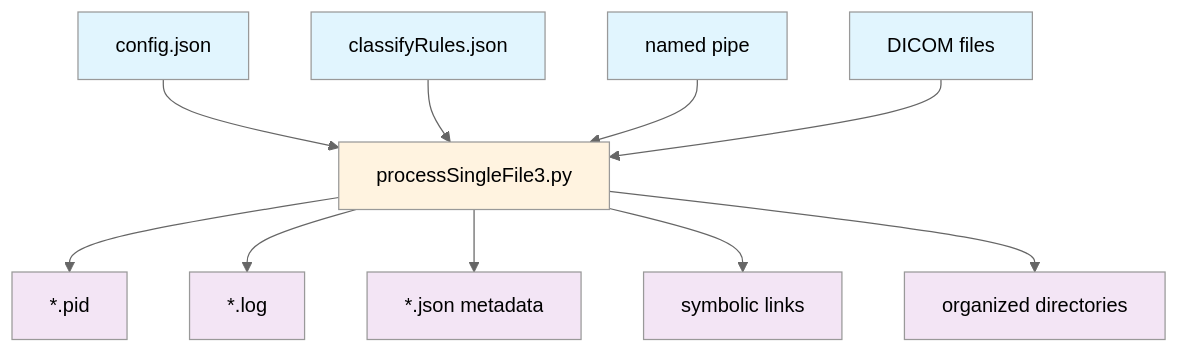
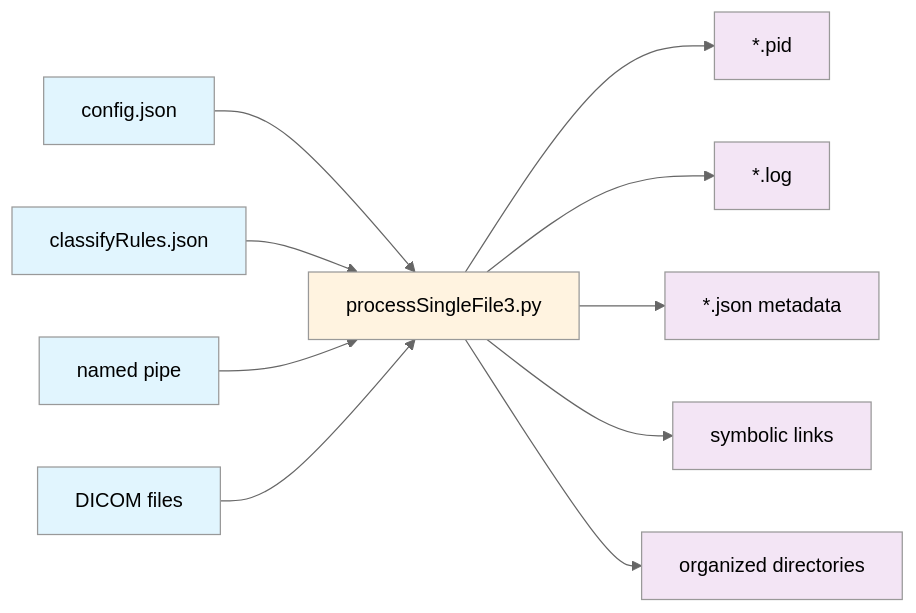
The first of 2 diagrams in docs/source/Architecture/scripts/processSingleFile3.rst (mmiv-center/FionaDocs), drawn with Mermaid (neutral theme) before and after one commit. The commit also changed other lines of this file and 20 other files, not shown here.

```diff
--- a/docs/source/Architecture/scripts/processSingleFile3.rst
+++ b/docs/source/Architecture/scripts/processSingleFile3.rst
@@ -37,40 +27,40 @@
 .. mermaid::
 
-   flowchart TD
+   flowchart LR
    %% Input Files
    CONFIG["config.json"]
    RULES["classifyRules.json"]
    PIPE["named pipe"]
    DICOM["DICOM files"]
 
    %% Main Script
    MAIN["processSingleFile3.py"]
 
    %% Output Files
    PID["*.pid"]
    LOG["*.log"]
    JSON["*.json metadata"]
    LINKS["symbolic links"]
    DIRS["organized directories"]
 
    %% Dependencies
    CONFIG --> MAIN
    RULES --> MAIN
    PIPE --> MAIN
    DICOM --> MAIN
 		
    %% Outputs
    MAIN --> PID
    MAIN --> LOG
    MAIN --> JSON
    MAIN --> LINKS
    MAIN --> DIRS
 
    %% Styling
    classDef inputFile fill:#e1f5fe
    classDef outputFile fill:#f3e5f5
    classDef mainScript fill:#fff3e0
 
    class CONFIG,RULES,PIPE,DICOM inputFile
    class PID,LOG,JSON,LINKS,DIRS outputFile
    class MAIN mainScript
```
